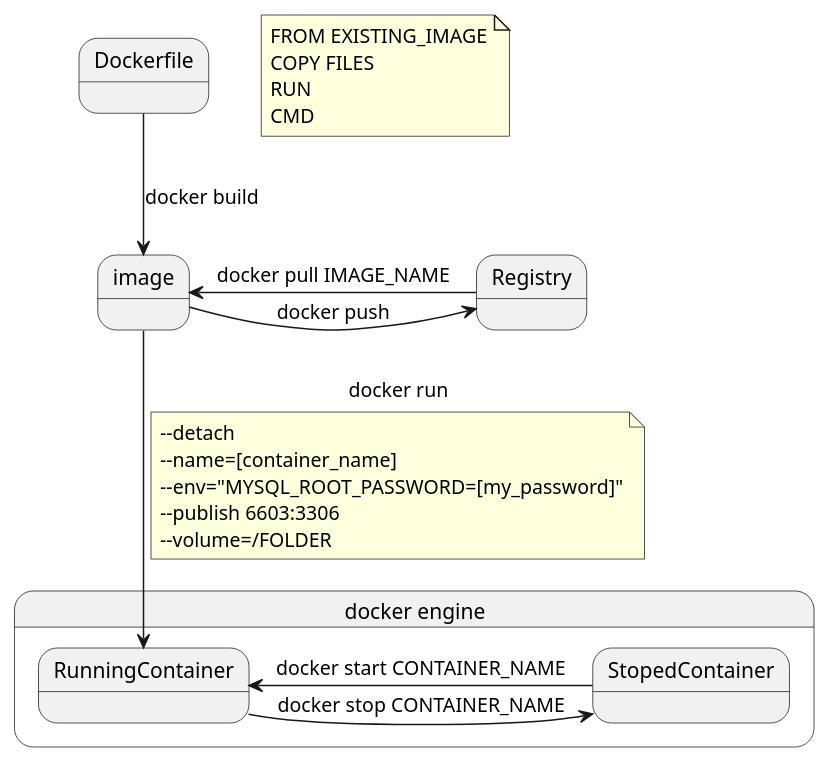
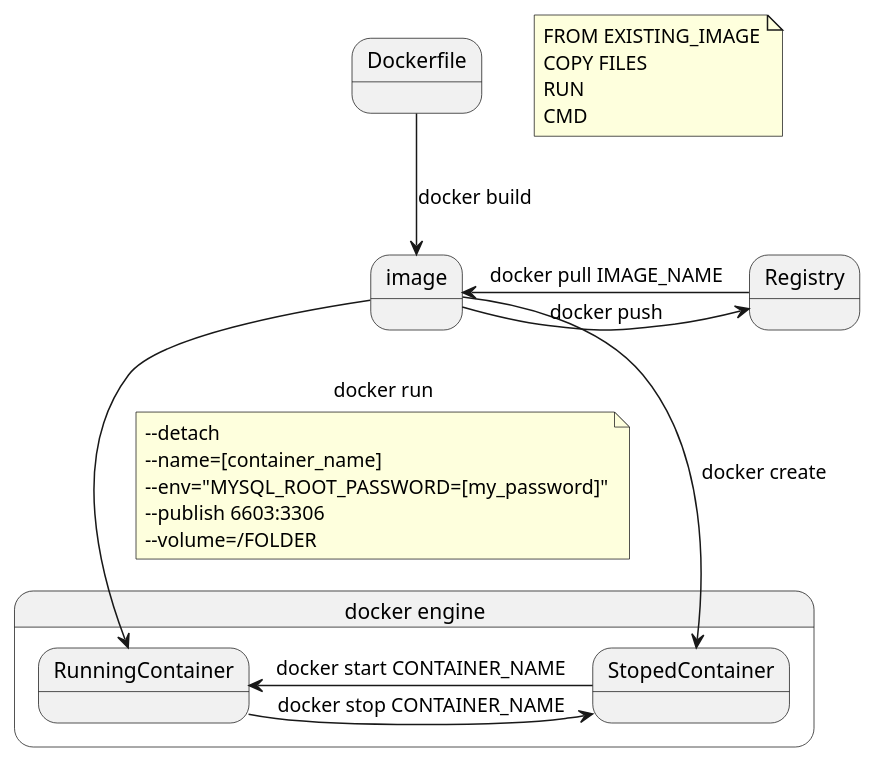
The diagram in 03-docker/etc/mainFlow.plantuml (kryzsu/distributed-systems-spring), drawn with PlantUML before and after one commit.

```diff
--- a/03-docker/etc/mainFlow.plantuml
+++ b/03-docker/etc/mainFlow.plantuml
@@ -1,37 +1,39 @@
 @startuml
 
 state Registry
 
 note "FROM EXISTING_IMAGE\nCOPY FILES\nRUN\nCMD" as N1
 
 
 state de 
 
 state Dockerfile
 
 state "docker engine" as de  {
   state RunningContainer
   state StopedContainer
 
 }
 
 state image
 
 image --> RunningContainer: docker run
 note on link 
 --detach
 --name=[container_name]
 --env="MYSQL_ROOT_PASSWORD=[my_password]"
 --publish 6603:3306
 --volume=/FOLDER
 end note
 
+image --> StopedContainer: docker create
+
 RunningContainer -Right-> StopedContainer : docker stop CONTAINER_NAME
 StopedContainer -Left-> RunningContainer :docker start CONTAINER_NAME
 
 
 Registry -> image: docker pull IMAGE_NAME
 image -> Registry: docker push
 
 Dockerfile --> image: docker build
 @enduml
```
